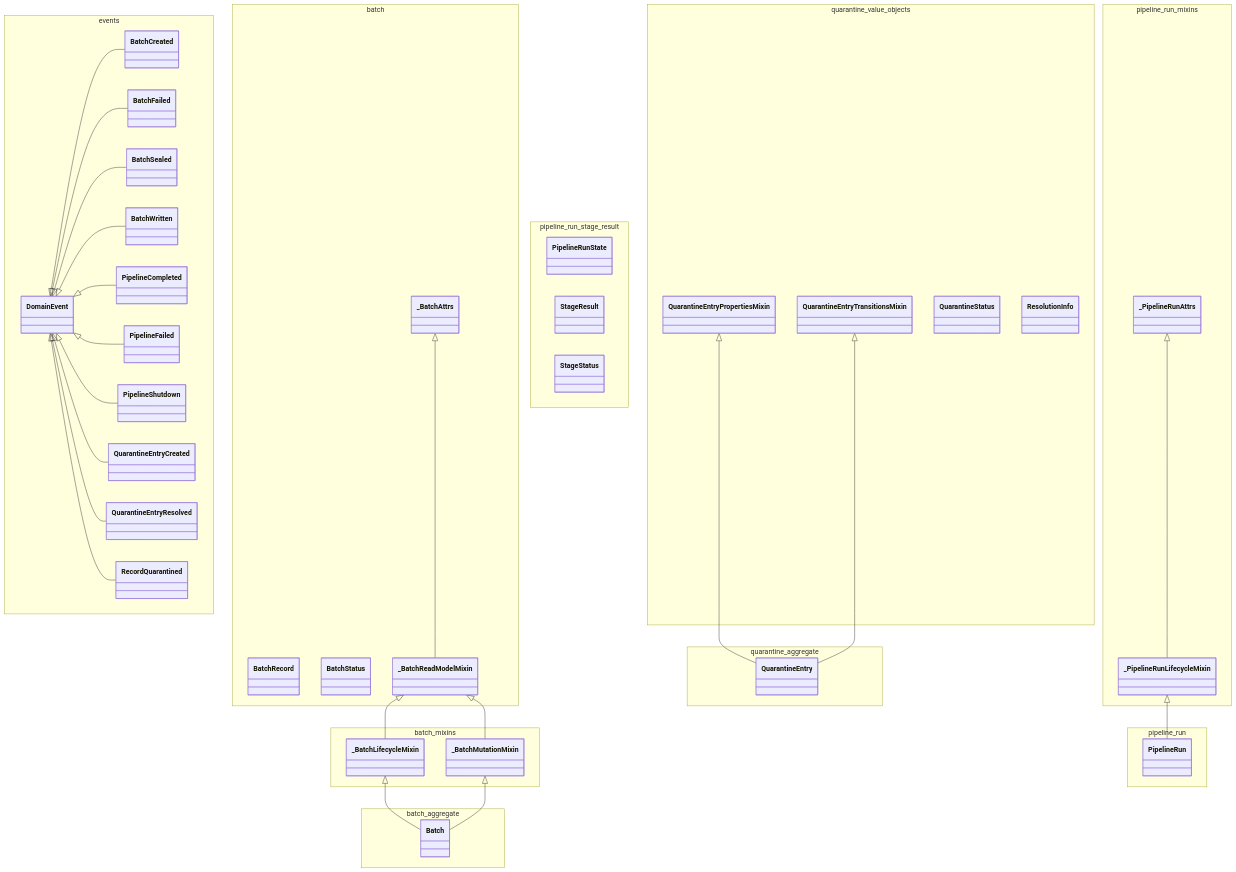
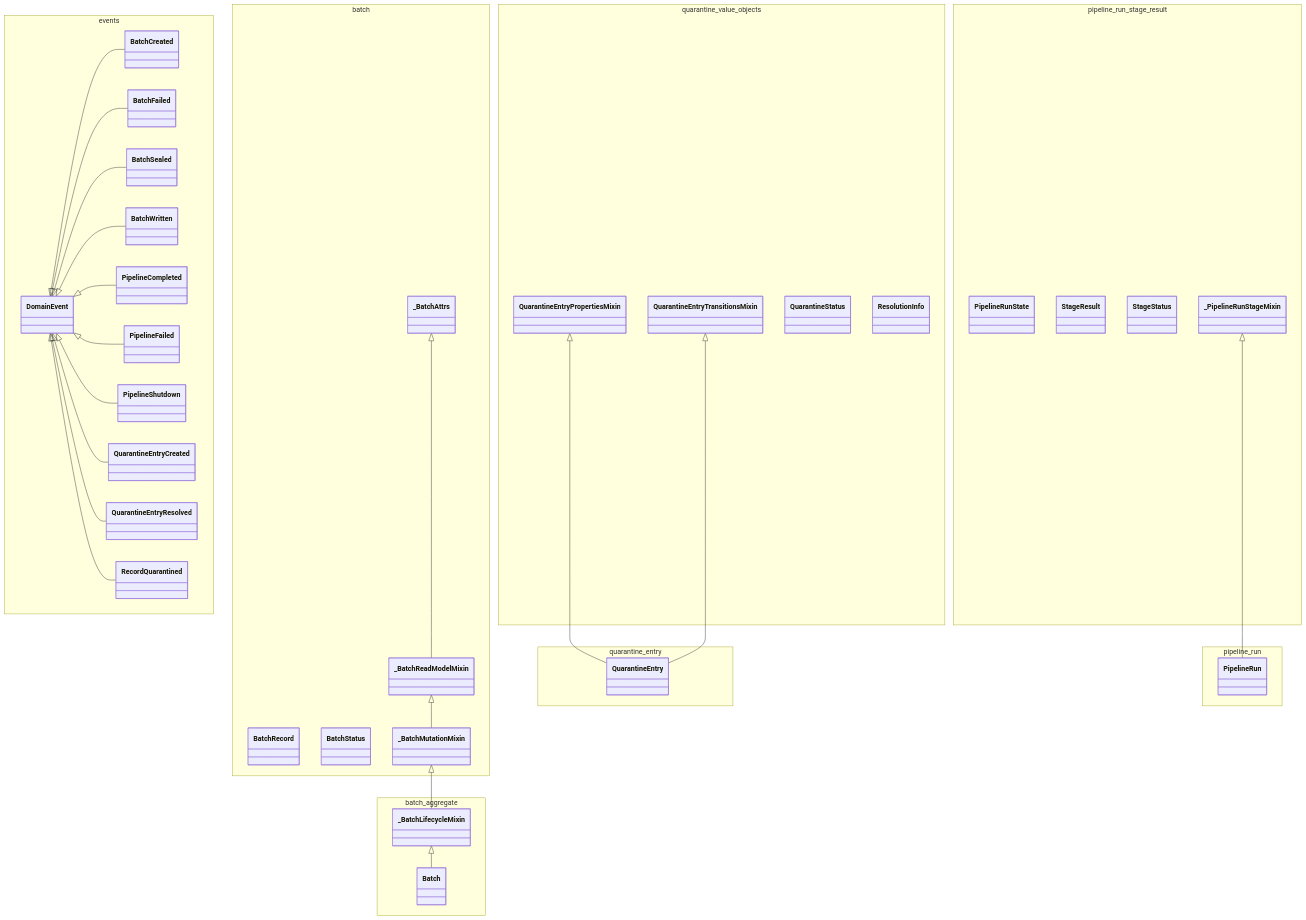
One commit to SatoryKono/BioactivityDataAcquisition changed the diagram in docs/02-architecture/diagrams/class-diagrams/90-pkg-domain-aggregates.mmd. Above: the diagram before and after it, drawn with Mermaid. The commit also changed other lines of this file and 33 other files, not shown here.

First line of the commit message:
fix(arch): fold domain aggregate helpers to 8 modules (#10305)

```diff
--- a/docs/02-architecture/diagrams/class-diagrams/90-pkg-domain-aggregates.mmd
+++ b/docs/02-architecture/diagrams/class-diagrams/90-pkg-domain-aggregates.mmd
@@ -1,86 +1,77 @@
 %% Title: Package Family: domain/aggregates
-%% Covers: AST-derived supplemental package-family inventory for src/bioetl/domain/aggregates; modules: events, _quarantine_value_objects, batch, pipeline_run_stage_result, _batch_mixins, _pipeline_run_mixins.
+%% Covers: AST-derived supplemental package-family inventory for src/bioetl/domain/aggregates; modules: events, _quarantine_value_objects, batch, pipeline_run_stage_result, _batch_aggregate, quarantine_entry, pipeline_run.
 %% Components: top-level classes grouped by source module.
 %% @version 1.0.0
 %% @type    classDiagram
-%% @date    2026-09-02
+%% @date    2026-09-10
 %% @level   Package Family / Inventory Slice
-%% @nodes   29
+%% @nodes   28
 %% @reference Generated supplemental package-family diagram. Curated class-summary remains narrative-only.
 classDiagram
 
     namespace events {
         class BatchCreated
         class BatchFailed
         class BatchSealed
         class BatchWritten
         class DomainEvent
         class PipelineCompleted
         class PipelineFailed
         class PipelineShutdown
         class QuarantineEntryCreated
         class QuarantineEntryResolved
         class RecordQuarantined
     }
 
     namespace quarantine_value_objects {
         class QuarantineEntryPropertiesMixin
         class QuarantineEntryTransitionsMixin
         class QuarantineStatus
         class ResolutionInfo
     }
 
     namespace batch {
         class BatchRecord
         class BatchStatus
         class _BatchAttrs
         class _BatchReadModelMixin
+        class _BatchMutationMixin
     }
 
     namespace pipeline_run_stage_result {
         class PipelineRunState
         class StageResult
         class StageStatus
-    }
-
-    namespace batch_mixins {
-        class _BatchLifecycleMixin
-        class _BatchMutationMixin
-    }
-
-    namespace pipeline_run_mixins {
-        class _PipelineRunAttrs
-        class _PipelineRunLifecycleMixin
+        class _PipelineRunStageMixin
     }
 
     namespace batch_aggregate {
         class Batch
+        class _BatchLifecycleMixin
     }
 
-    namespace quarantine_aggregate {
+    namespace quarantine_entry {
         class QuarantineEntry
     }
 
     namespace pipeline_run {
         class PipelineRun
     }
 
     DomainEvent <|-- BatchCreated
     DomainEvent <|-- BatchFailed
     DomainEvent <|-- BatchSealed
     DomainEvent <|-- BatchWritten
     DomainEvent <|-- PipelineCompleted
     DomainEvent <|-- PipelineFailed
     DomainEvent <|-- PipelineShutdown
     DomainEvent <|-- QuarantineEntryCreated
     DomainEvent <|-- QuarantineEntryResolved
     DomainEvent <|-- RecordQuarantined
     QuarantineEntryPropertiesMixin <|-- QuarantineEntry
     QuarantineEntryTransitionsMixin <|-- QuarantineEntry
     _BatchAttrs <|-- _BatchReadModelMixin
+    _BatchReadModelMixin <|-- _BatchMutationMixin
+    _BatchMutationMixin <|-- _BatchLifecycleMixin
     _BatchLifecycleMixin <|-- Batch
-    _BatchMutationMixin <|-- Batch
-    _BatchReadModelMixin <|-- _BatchLifecycleMixin
-    _BatchReadModelMixin <|-- _BatchMutationMixin
-    _PipelineRunAttrs <|-- _PipelineRunLifecycleMixin
-    _PipelineRunLifecycleMixin <|-- PipelineRun
+    _PipelineRunStageMixin <|-- PipelineRun
```
